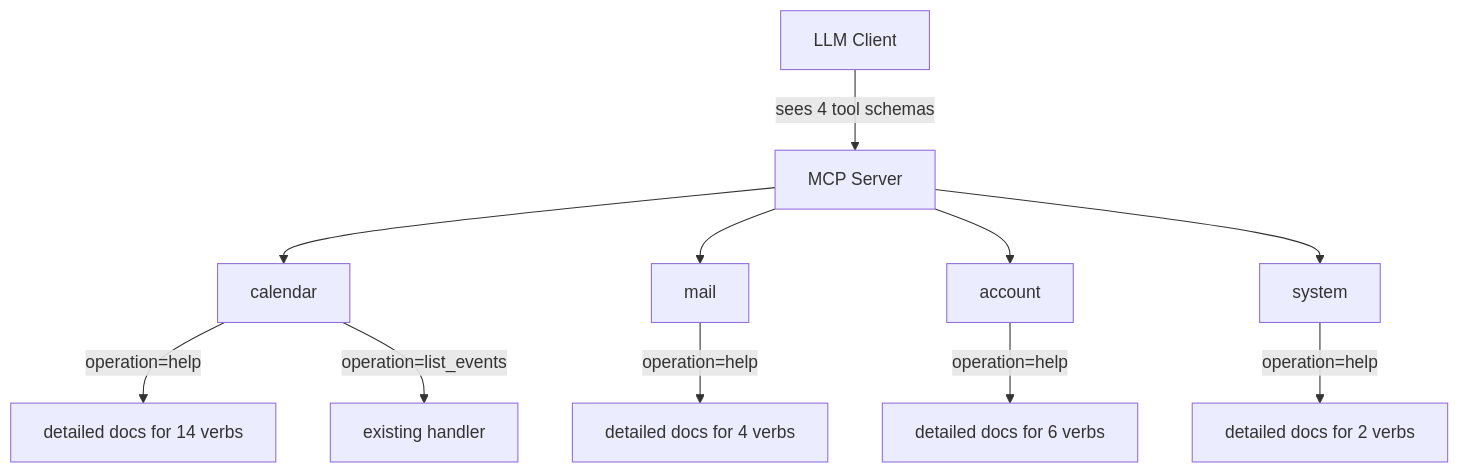
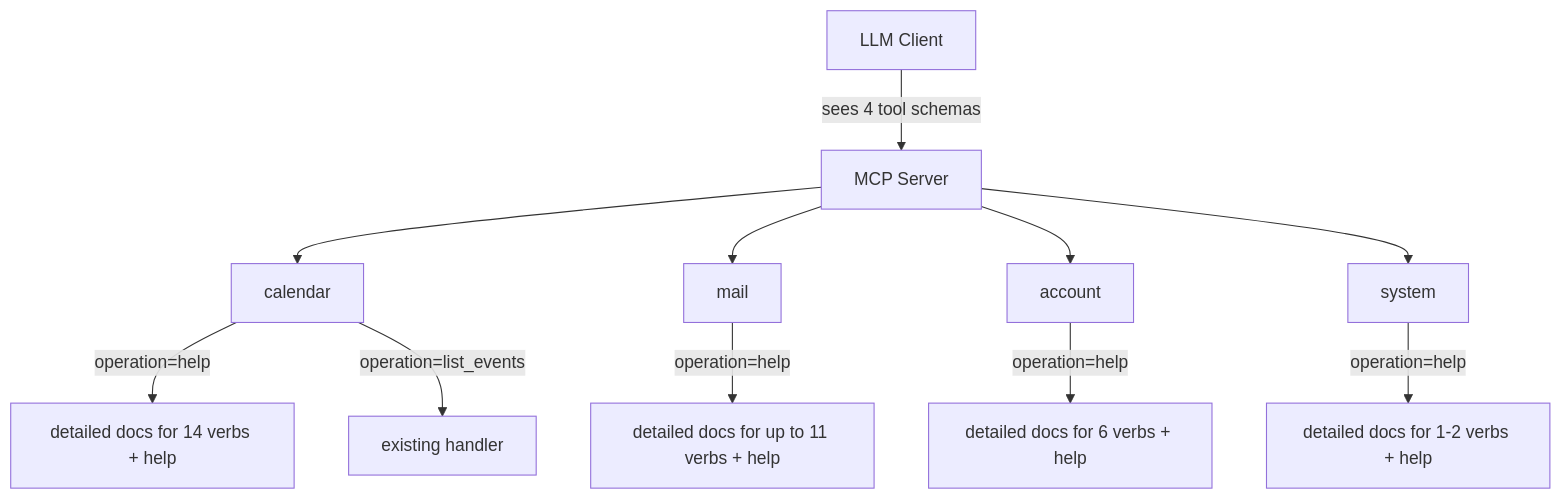
One commit to desek/outlook-local-mcp changed the second of 3 diagrams in docs/cr/CR-0060-domain-aggregated-tools-with-verb-operations.md. Above: the diagram before and after it, drawn with Mermaid. The commit also changed other lines of this file and 32 other files, not shown here.

````diff
--- a/docs/cr/CR-0060-domain-aggregated-tools-with-verb-operations.md
+++ b/docs/cr/CR-0060-domain-aggregated-tools-with-verb-operations.md
@@ -77,13 +78,13 @@
 ```mermaid
 flowchart TD
     Client[LLM Client] -->|sees 4 tool schemas| Server[MCP Server]
     Server --> Cal[calendar]
     Server --> Mail[mail]
     Server --> Acc[account]
     Server --> Sys[system]
-    Cal -->|operation=help| HelpC[detailed docs for 14 verbs]
+    Cal -->|operation=help| HelpC[detailed docs for 14 verbs + help]
     Cal -->|operation=list_events| Dispatch1[existing handler]
-    Mail -->|operation=help| HelpM[detailed docs for 4 verbs]
-    Acc -->|operation=help| HelpA[detailed docs for 6 verbs]
-    Sys -->|operation=help| HelpS[detailed docs for 2 verbs]
+    Mail -->|operation=help| HelpM[detailed docs for up to 11 verbs + help]
+    Acc -->|operation=help| HelpA[detailed docs for 6 verbs + help]
+    Sys -->|operation=help| HelpS[detailed docs for 1-2 verbs + help]
 ```
````
